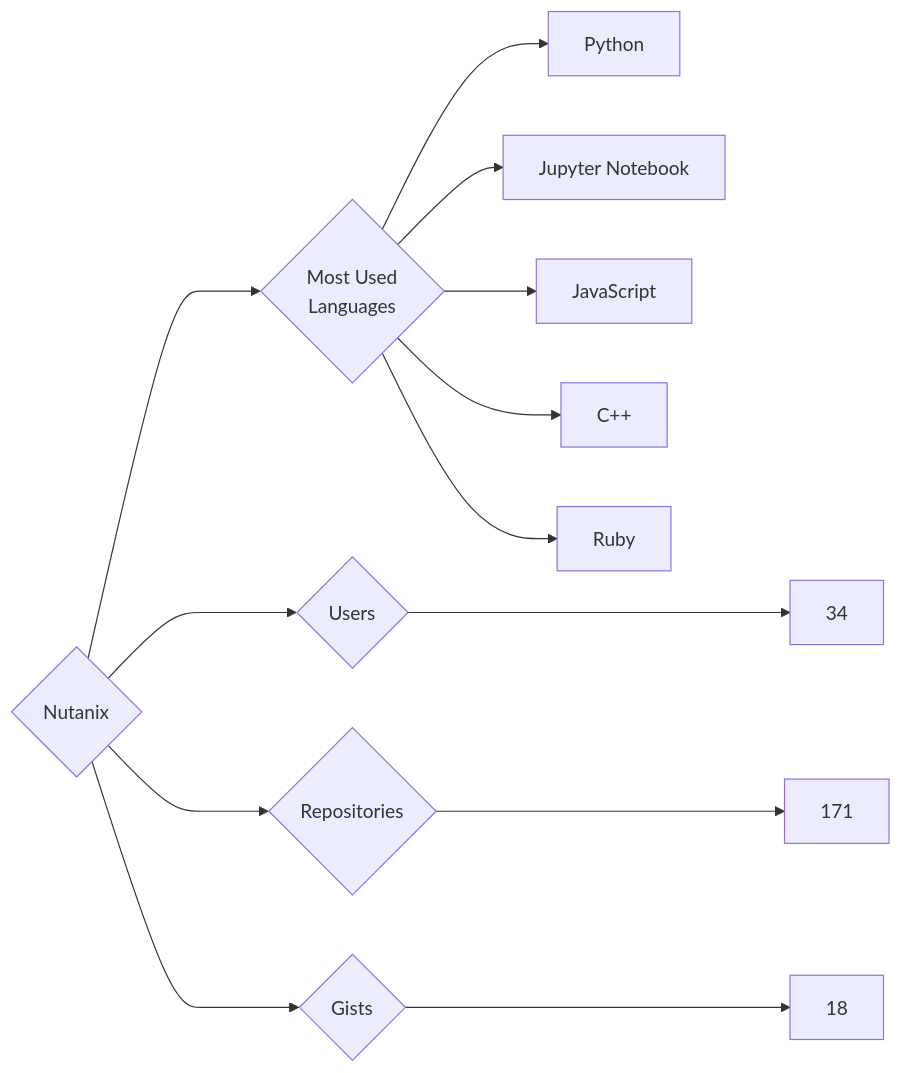
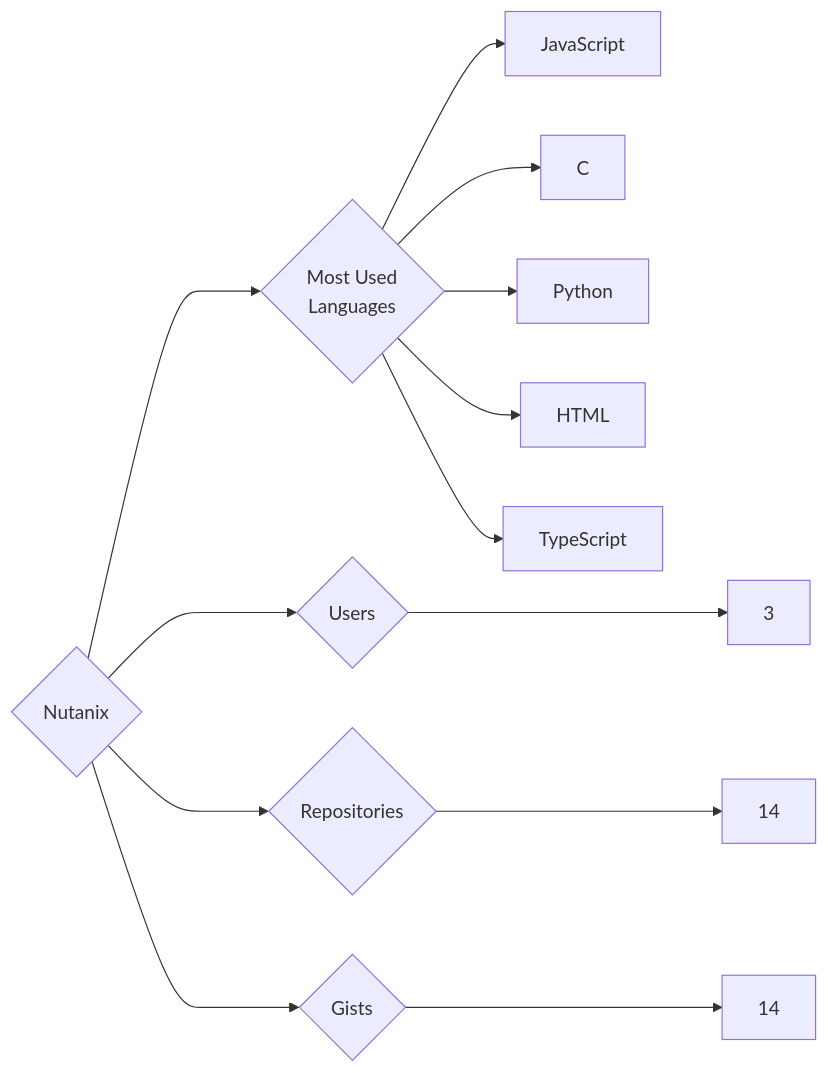
One commit to trickest/insiders changed the diagram in targets/Nutanix/README.md. Above: the diagram before and after it, drawn with Mermaid. The commit also changed 898 other files, not shown here.

````diff
--- a/targets/Nutanix/README.md
+++ b/targets/Nutanix/README.md
@@ -3,13 +3,13 @@
 ```mermaid
 graph LR
 COMPANY_NAME{Nutanix}
-COMPANY_NAME ---> U{Users} ---> UN[34]
-COMPANY_NAME ---> R{Repositories} ---> RN[171]
-COMPANY_NAME ---> G{Gists} ---> GN[18]
+COMPANY_NAME ---> U{Users} ---> UN[3]
+COMPANY_NAME ---> R{Repositories} ---> RN[14]
+COMPANY_NAME ---> G{Gists} ---> GN[14]
 COMPANY_NAME ---> ML{Most Used<br>Languages}
+ML --> JavaScript[JavaScript]
+ML --> C[C]
 ML --> Python[Python]
-ML --> Jupyter_Notebook[Jupyter Notebook]
-ML --> JavaScript[JavaScript]
-ML --> C++[C++]
-ML --> Ruby[Ruby]
+ML --> HTML[HTML]
+ML --> TypeScript[TypeScript]
 ```
````
